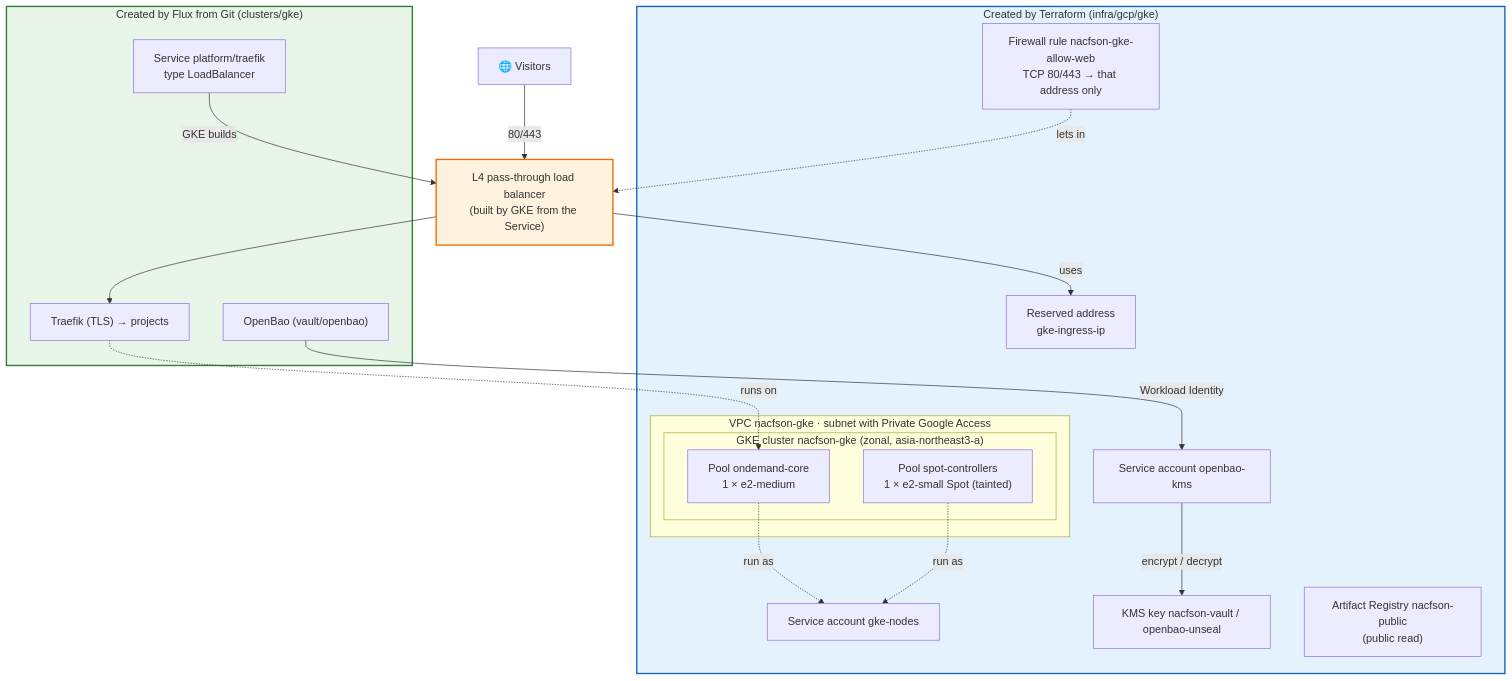
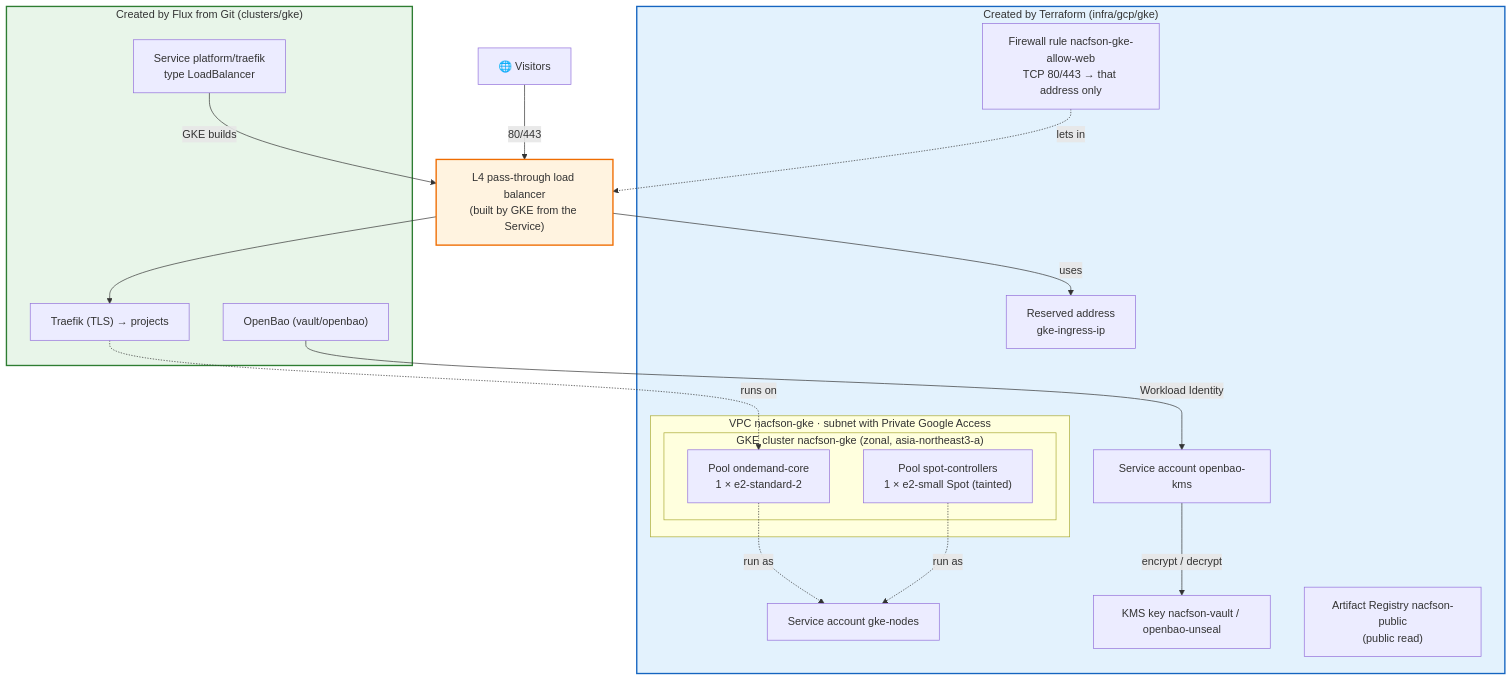
Before and after one commit to nacfson/nacfson_pipeline: the third of 3 diagrams in README.md, drawn with Mermaid. The commit also changed other lines of this file and 24 other files, not shown here.

First line of the commit message:
fix(gke): move ondemand-core to e2-standard-2 using measured capacity

````diff
--- a/README.md
+++ b/README.md
@@ -176,44 +176,44 @@
 ```mermaid
 flowchart TB
     Internet["🌐 Visitors"]
 
     subgraph TF["Created by Terraform (infra/gcp/gke)"]
         Addr["Reserved address<br/>gke-ingress-ip"]
         FW["Firewall rule nacfson-gke-allow-web<br/>TCP 80/443 → that address only"]
         subgraph VPC["VPC nacfson-gke · subnet with Private Google Access"]
             subgraph Cluster["GKE cluster nacfson-gke (zonal, asia-northeast3-a)"]
-                OD["Pool ondemand-core<br/>1 × e2-medium"]
+                OD["Pool ondemand-core<br/>1 × e2-standard-2"]
                 SP["Pool spot-controllers<br/>1 × e2-small Spot (tainted)"]
             end
         end
         NodeSA["Service account gke-nodes"]
         KMS["KMS key nacfson-vault / openbao-unseal"]
         GSA["Service account openbao-kms"]
         GAR["Artifact Registry nacfson-public<br/>(public read)"]
     end
 
     subgraph FL["Created by Flux from Git (clusters/gke)"]
         Svc["Service platform/traefik<br/>type LoadBalancer"]
         Traefik["Traefik (TLS) → projects"]
         Bao["OpenBao (vault/openbao)"]
     end
 
     LB["L4 pass-through load balancer<br/>(built by GKE from the Service)"]
 
     Internet -->|"80/443"| LB
     FW -. "lets in" .-> LB
     LB -->|"uses"| Addr
     Svc -->|"GKE builds"| LB
     LB --> Traefik
     Traefik -. "runs on" .-> OD
     OD & SP -. "run as" .-> NodeSA
     Bao -->|"Workload Identity"| GSA
     GSA -->|"encrypt / decrypt"| KMS
 
     classDef tf fill:#e3f2fd,stroke:#1565c0,stroke-width:2px;
     classDef flux fill:#e8f5e9,stroke:#2e7d32,stroke-width:2px;
     classDef gke fill:#fff3e0,stroke:#ef6c00,stroke-width:2px;
     class TF tf;
     class FL flux;
     class LB gke;
 ```
````
